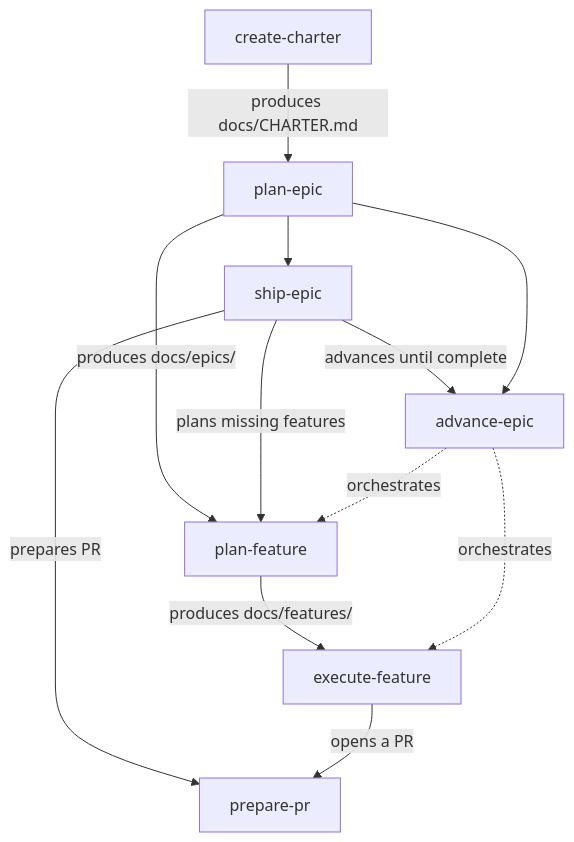
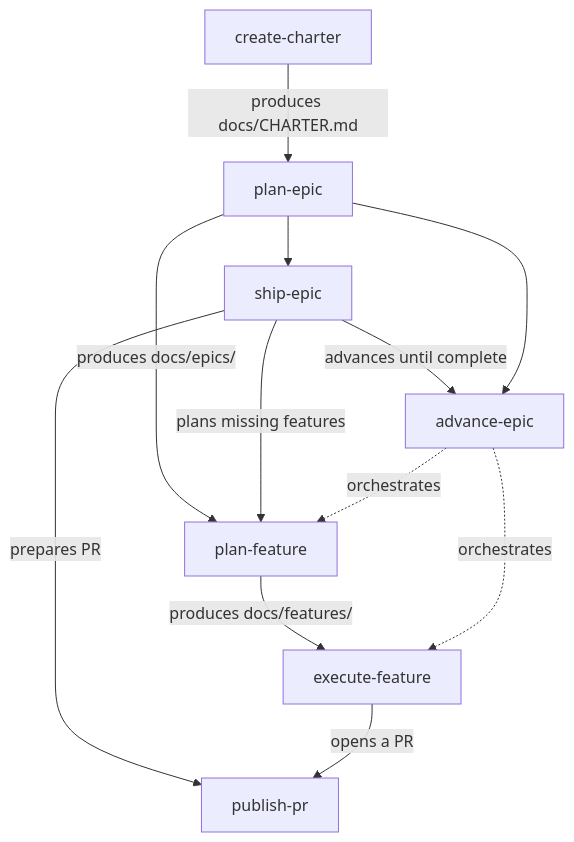
The second of 3 diagrams in README.md (pnewsam/skills), drawn with Mermaid before and after one commit. The commit also changed other lines of this file and 23 other files, not shown here.

First line of the commit message:
refactor(registry): UOW-lifecycle taxonomy + merge prepare-pr/update-pr into publish-pr

````diff
--- a/README.md
+++ b/README.md
@@ -108,14 +113,14 @@
 ```mermaid
 flowchart TD
     CC[create-charter] -->|produces docs/CHARTER.md| PE[plan-epic]
     PE -->|produces docs/epics/| PF[plan-feature]
     PE --> SP[ship-epic]
     SP -->|plans missing features| PF
     SP -->|advances until complete| AE
-    SP -->|prepares PR| PPR[prepare-pr]
+    SP -->|prepares PR| PPR[publish-pr]
     PF -->|produces docs/features/| EF[execute-feature]
     EF -->|opens a PR| PPR
     PE --> AE[advance-epic]
     AE -.->|orchestrates| PF
     AE -.->|orchestrates| EF
 ```
````
